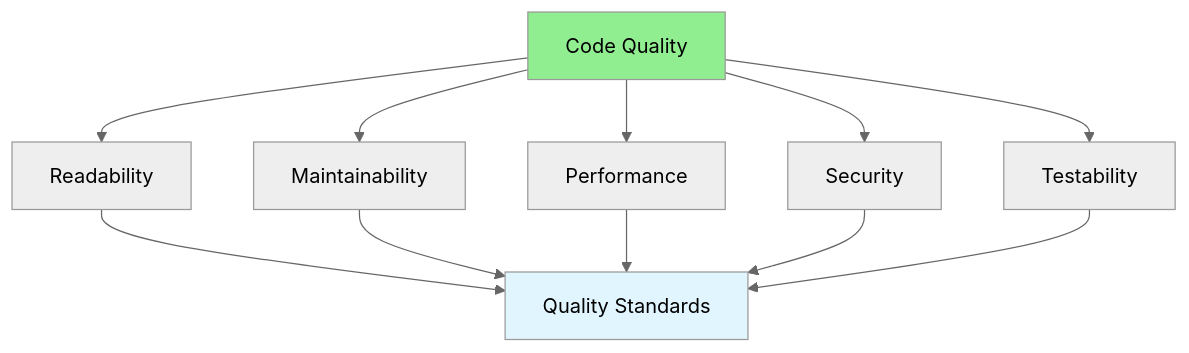
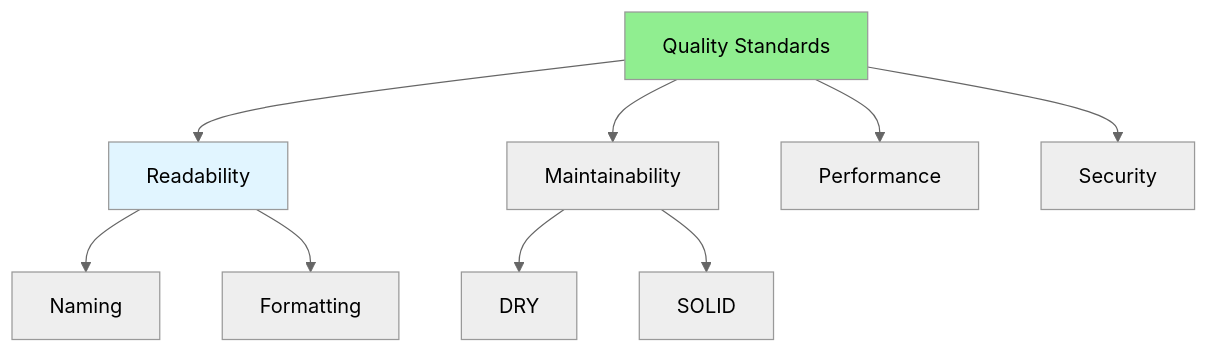
Before and after one commit to iouthnamain/tech-note: the diagram in Full-Stack-Guides/Group-08-Code-Review/08.04_Code_Quality_Standards.md, drawn with Mermaid (neutral theme). The commit also changed other lines of this file and 480 other files, not shown here.

````diff
--- a/Full-Stack-Guides/Group-08-Code-Review/08.04_Code_Quality_Standards.md
+++ b/Full-Stack-Guides/Group-08-Code-Review/08.04_Code_Quality_Standards.md
@@ -22,17 +22,15 @@
 ```mermaid
 graph TD
-    Quality[Code Quality] --> Readability[Readability]
-    Quality --> Maintainability[Maintainability]
-    Quality --> Performance[Performance]
-    Quality --> Security[Security]
-    Quality --> Testability[Testability]
+    Standards[Quality Standards] --> Readability[Readability]
+    Standards --> Maintainability[Maintainability]
+    Standards --> Performance[Performance]
+    Standards --> Security[Security]
     
-    Readability --> Standards[Quality Standards]
-    Maintainability --> Standards
-    Performance --> Standards
-    Security --> Standards
-    Testability --> Standards
+    Readability --> Naming[Naming]
+    Readability --> Format[Formatting]
+    Maintainability --> DRY[DRY]
+    Maintainability --> SOLID[SOLID]
     
-    style Quality fill:#90EE90
-    style Standards fill:#e1f5ff
+    style Standards fill:#90EE90
+    style Readability fill:#e1f5ff
 ```
````
